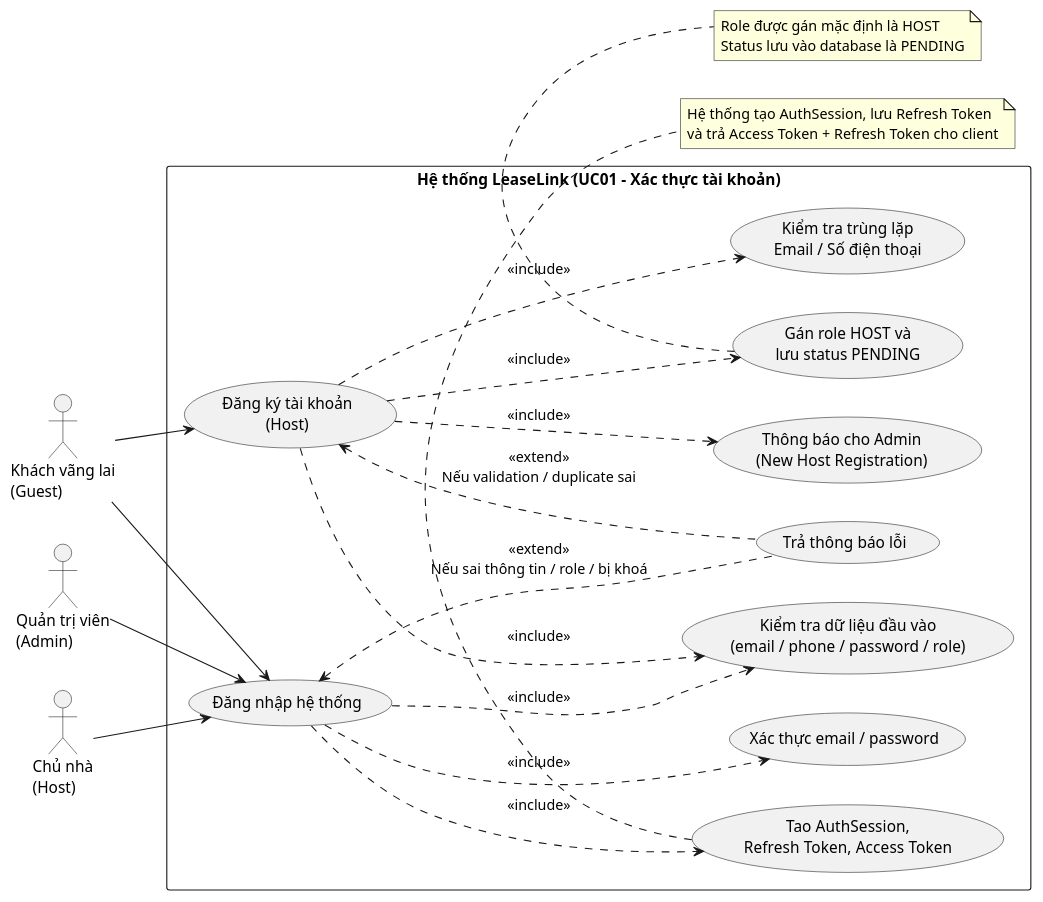
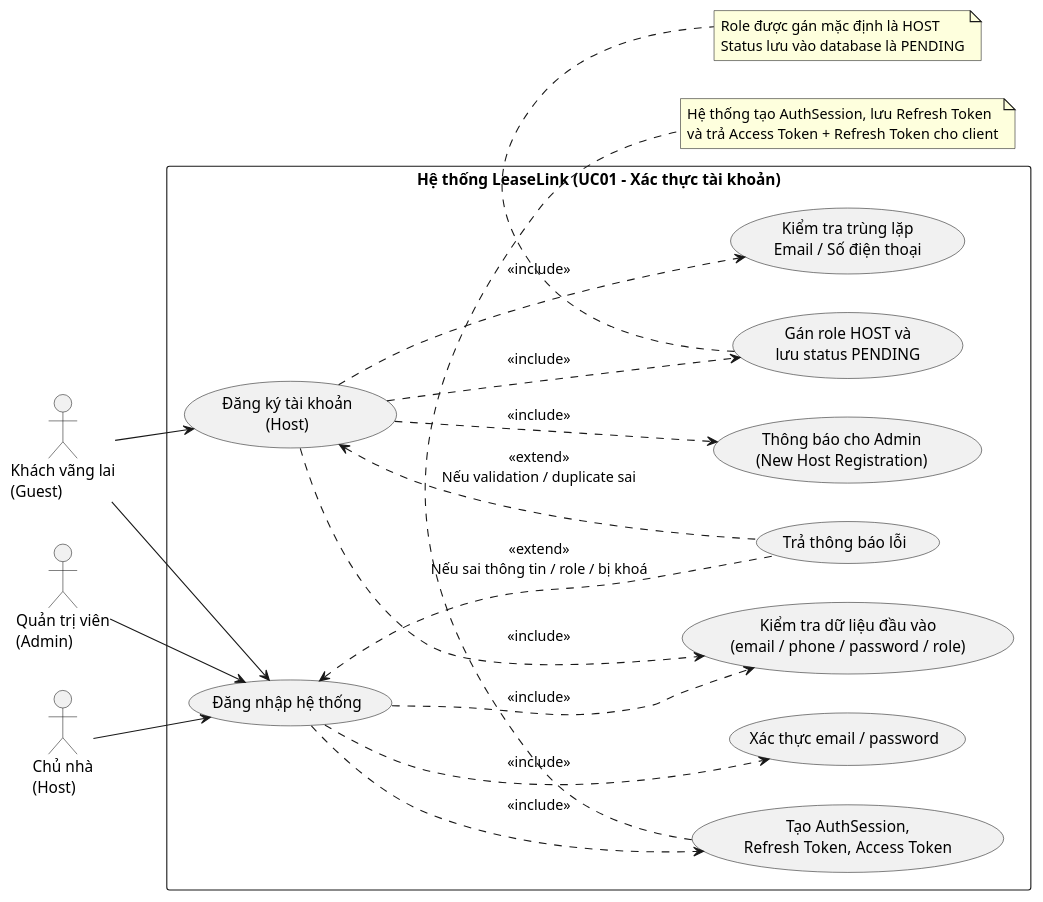
Before and after one commit to chishiya2309/LeaseLink-Backend: the diagram in src/main/java/vn/hcmute/edu/lequanghung_nguyenthaibao/backend/uml/UC01/uc1.puml, drawn with PlantUML. The commit also changed 9 other files, not shown here.

```diff
--- a/src/main/java/vn/hcmute/edu/lequanghung_nguyenthaibao/backend/uml/UC01/uc1.puml
+++ b/src/main/java/vn/hcmute/edu/lequanghung_nguyenthaibao/backend/uml/UC01/uc1.puml
@@ -1,48 +1,48 @@
 @startuml
 left to right direction
 skinparam packageStyle rectangle
 
 actor "Khách vãng lai\n(Guest)" as guest
 actor "Chủ nhà\n(Host)" as host
 actor "Quản trị viên\n(Admin)" as admin
 
 package "Hệ thống LeaseLink (UC01 - Xác thực tài khoản)" {
     usecase "Đăng ký tài khoản\n(Host)" as UC_Register
     usecase "Đăng nhập hệ thống" as UC_Login
     usecase "Kiểm tra dữ liệu đầu vào\n(email / phone / password / role)" as UC_Validate
     usecase "Kiểm tra trùng lặp\nEmail / Số điện thoại" as UC_CheckDuplicate
     usecase "Gán role HOST và\nlưu status PENDING" as UC_PersistRegister
     usecase "Thông báo cho Admin\n(New Host Registration)" as UC_NotifyAdmin
     usecase "Xác thực email / password" as UC_Authenticate
-    usecase "Tao AuthSession,\nRefresh Token, Access Token" as UC_IssueToken
+    usecase "Tạo AuthSession,\nRefresh Token, Access Token" as UC_IssueToken
     usecase "Trả thông báo lỗi" as UC_ShowError
 }
 
 guest --> UC_Register
 guest --> UC_Login
 host --> UC_Login
 admin --> UC_Login
 
 UC_Register ..> UC_Validate : <<include>>
 UC_Register ..> UC_CheckDuplicate : <<include>>
 UC_Register ..> UC_PersistRegister : <<include>>
 UC_Register ..> UC_NotifyAdmin : <<include>>
 
 UC_Login ..> UC_Validate : <<include>>
 UC_Login ..> UC_Authenticate : <<include>>
 UC_Login ..> UC_IssueToken : <<include>>
 
 UC_ShowError .up.> UC_Register : <<extend>>\nNếu validation / duplicate sai
 UC_ShowError .up.> UC_Login : <<extend>>\nNếu sai thông tin / role / bị khoá
 
 note bottom of UC_PersistRegister
 Role được gán mặc định là HOST
 Status lưu vào database là PENDING
 end note
 
 note bottom of UC_IssueToken
 Hệ thống tạo AuthSession, lưu Refresh Token
 và trả Access Token + Refresh Token cho client
 end note
 
 @enduml
```
